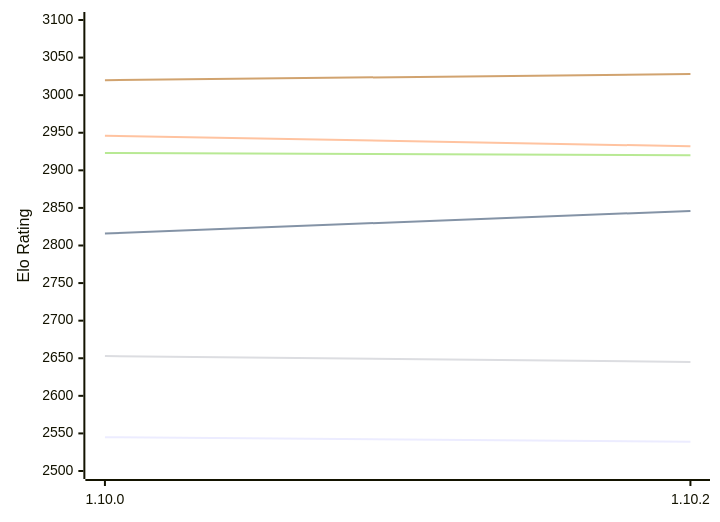
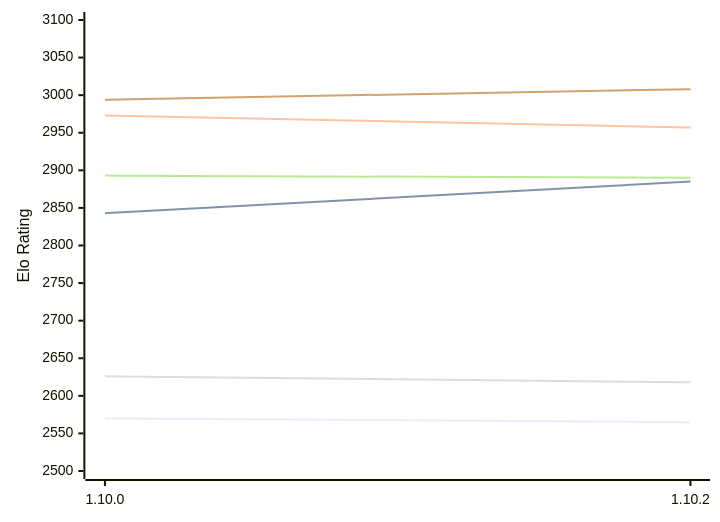
One commit to computer-chess-index/cci changed the first of 2 diagrams in engines/Basilisk.md. Above: the diagram before and after it, drawn with Mermaid. The commit also changed other lines of this file, not shown here.

Commit message:
Update CCI Ratings (ELO VLTC) - 2026-10-19

````diff
--- a/engines/Basilisk.md
+++ b/engines/Basilisk.md
@@ -61,12 +61,12 @@
 ```mermaid
 %%{init: {"theme":"base","themeVariables":{"seriesColors:['#a3a3a3','#222221','#faa371']}}}%%
 xychart-beta
   x-axis ["1.10.0", "1.10.2"]
   y-axis "Elo Rating" 2500 --> 3100
-  line "E1: STC (8.0+0.08s)" [2545, 2539]
-  line "E1: LTC (60.0+0.60s)" [2816, 2846]
-  line "E1: VLTC (2m24s+1.12s)" [2946, 2932]
-  line "P1: STC (8.0+0.08s)" [2653, 2645]
-  line "P1: LTC (60.0+0.60s)" [2923, 2920]
-  line "P1: VLTC (2m24s+1.12s)" [3020, 3028]
+  line "E1: STC (8.0+0.08s)" [2570, 2565]
+  line "E1: LTC (60.0+0.60s)" [2843, 2885]
+  line "E1: VLTC (2m24s+1.12s)" [2973, 2957]
+  line "P1: STC (8.0+0.08s)" [2626, 2618]
+  line "P1: LTC (60.0+0.60s)" [2893, 2890]
+  line "P1: VLTC (2m24s+1.12s)" [2994, 3008]
 ```
````
